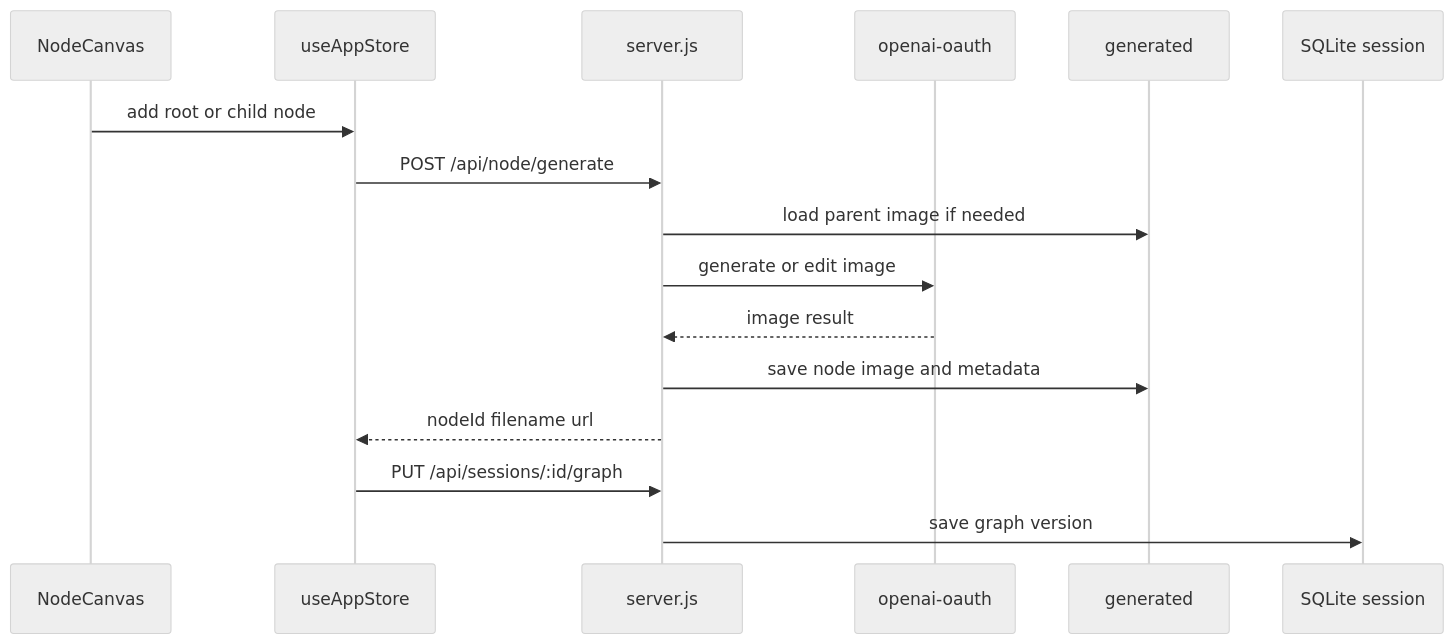
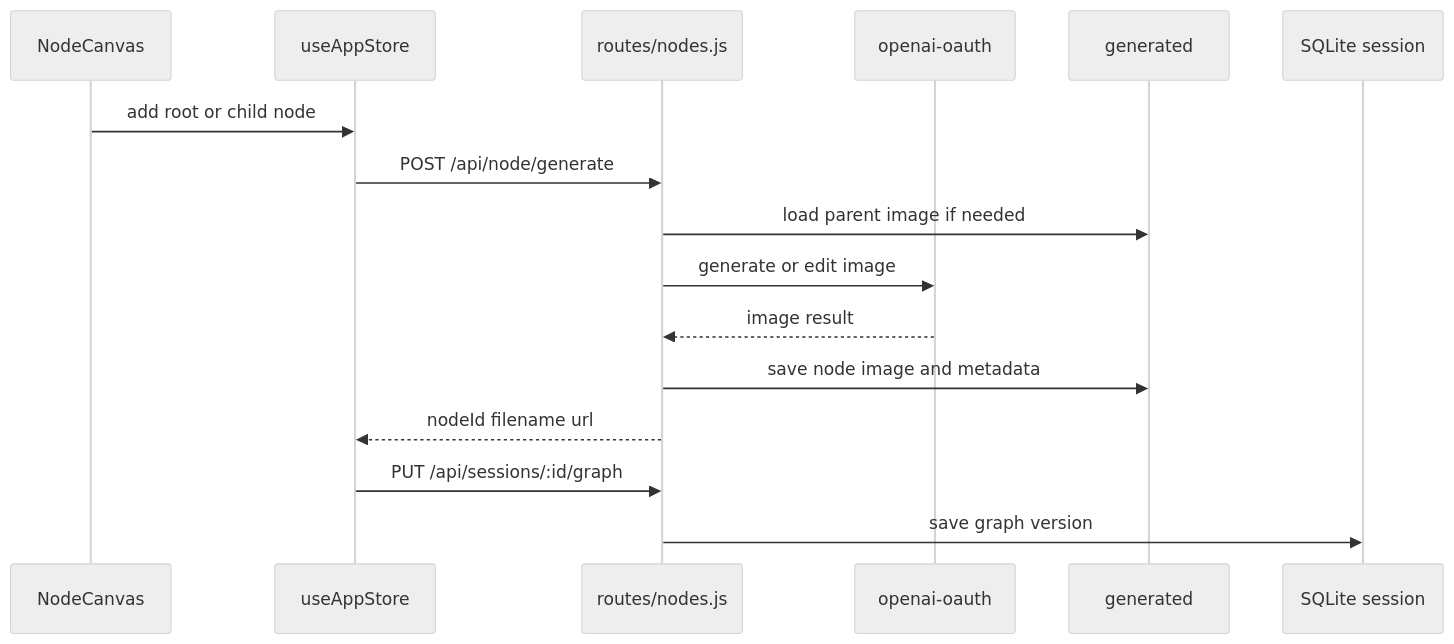
One commit to ChatPoongKun/ima2-gen changed the diagram in structure/05-node-mode.md. Above: the diagram before and after it, drawn with Mermaid (neutral theme). The commit also changed other lines of this file and 10 other files, not shown here.

````diff
--- a/structure/05-node-mode.md
+++ b/structure/05-node-mode.md
@@ -19,19 +19,19 @@
 ```mermaid
 sequenceDiagram
     participant UI as NodeCanvas
     participant Store as useAppStore
-    participant API as server.js
+    participant API as routes/nodes.js
     participant OAuth as openai-oauth
     participant Files as generated
     participant DB as SQLite session
 
     UI->>Store: add root or child node
     Store->>API: POST /api/node/generate
     API->>Files: load parent image if needed
     API->>OAuth: generate or edit image
     OAuth-->>API: image result
     API->>Files: save node image and metadata
     API-->>Store: nodeId filename url
     Store->>API: PUT /api/sessions/:id/graph
     API->>DB: save graph version
 ```
````
